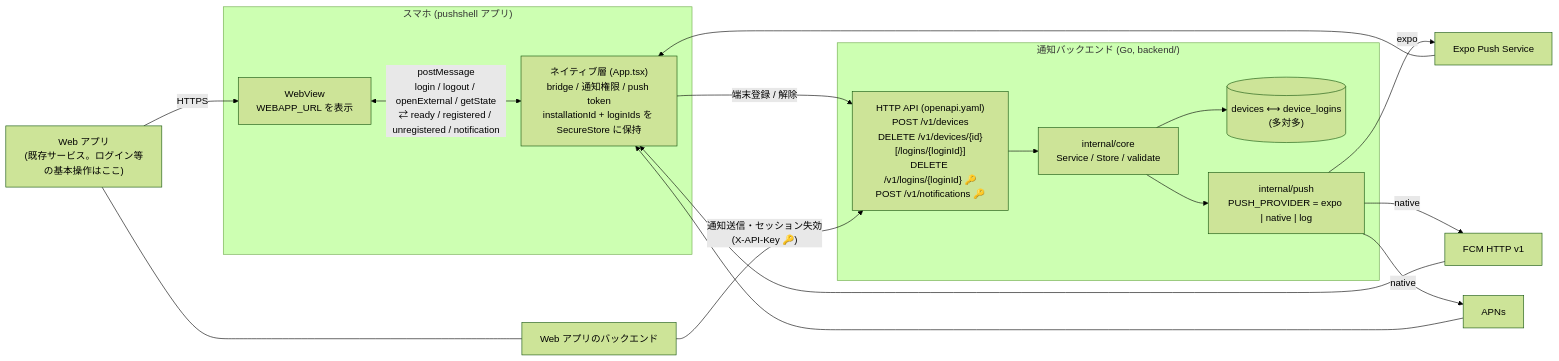
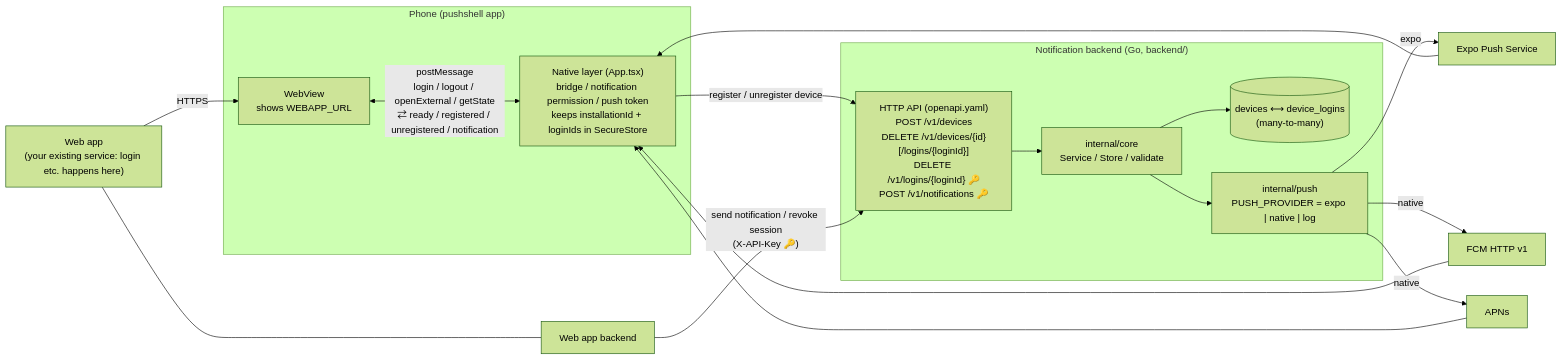
The first of 2 diagrams in README.md (nonchan7720/pushshell), drawn with Mermaid (forest theme) before and after one commit. The commit also changed other lines of this file and 11 other files, not shown here.

Commit message:
docs: English README, OSS community files and roadmap (#3)

````diff
--- a/README.md
+++ b/README.md
@@ -17,31 +43,31 @@
 ```mermaid
 flowchart LR
-    subgraph Phone["スマホ (pushshell アプリ)"]
-        WV["WebView<br/>WEBAPP_URL を表示"]
-        Native["ネイティブ層 (App.tsx)<br/>bridge / 通知権限 / push token<br/>installationId + loginIds を SecureStore に保持"]
+    subgraph Phone["Phone (pushshell app)"]
+        WV["WebView<br/>shows WEBAPP_URL"]
+        Native["Native layer (App.tsx)<br/>bridge / notification permission / push token<br/>keeps installationId + loginIds in SecureStore"]
         WV <-- "postMessage<br/>login / logout / openExternal / getState<br/>⇄ ready / registered / unregistered / notification" --> Native
     end
 
-    WebApp["Web アプリ<br/>(既存サービス。ログイン等の基本操作はここ)"]
-    WebBE["Web アプリのバックエンド"]
+    WebApp["Web app<br/>(your existing service: login etc. happens here)"]
+    WebBE["Web app backend"]
 
-    subgraph Backend["通知バックエンド (Go, backend/)"]
+    subgraph Backend["Notification backend (Go, backend/)"]
         API["HTTP API (openapi.yaml)<br/>POST /v1/devices<br/>DELETE /v1/devices/{id}[/logins/{loginId}]<br/>DELETE /v1/logins/{loginId} 🔑<br/>POST /v1/notifications 🔑"]
         Core["internal/core<br/>Service / Store / validate"]
-        DB[("devices ⟷ device_logins<br/>(多対多)")]
+        DB[("devices ⟷ device_logins<br/>(many-to-many)")]
         Push["internal/push<br/>PUSH_PROVIDER = expo | native | log"]
         API --> Core --> DB
         Core --> Push
     end
 
     WebApp -- "HTTPS" --> WV
     WebApp --- WebBE
-    Native -- "端末登録 / 解除" --> API
-    WebBE -- "通知送信・セッション失効<br/>(X-API-Key 🔑)" --> API
+    Native -- "register / unregister device" --> API
+    WebBE -- "send notification / revoke session<br/>(X-API-Key 🔑)" --> API
     Push -- "expo" --> Expo["Expo Push Service"]
     Push -- "native" --> FCM["FCM HTTP v1"]
     Push -- "native" --> APNs["APNs"]
     Expo --> Native
     FCM --> Native
     APNs --> Native
 ```
````
